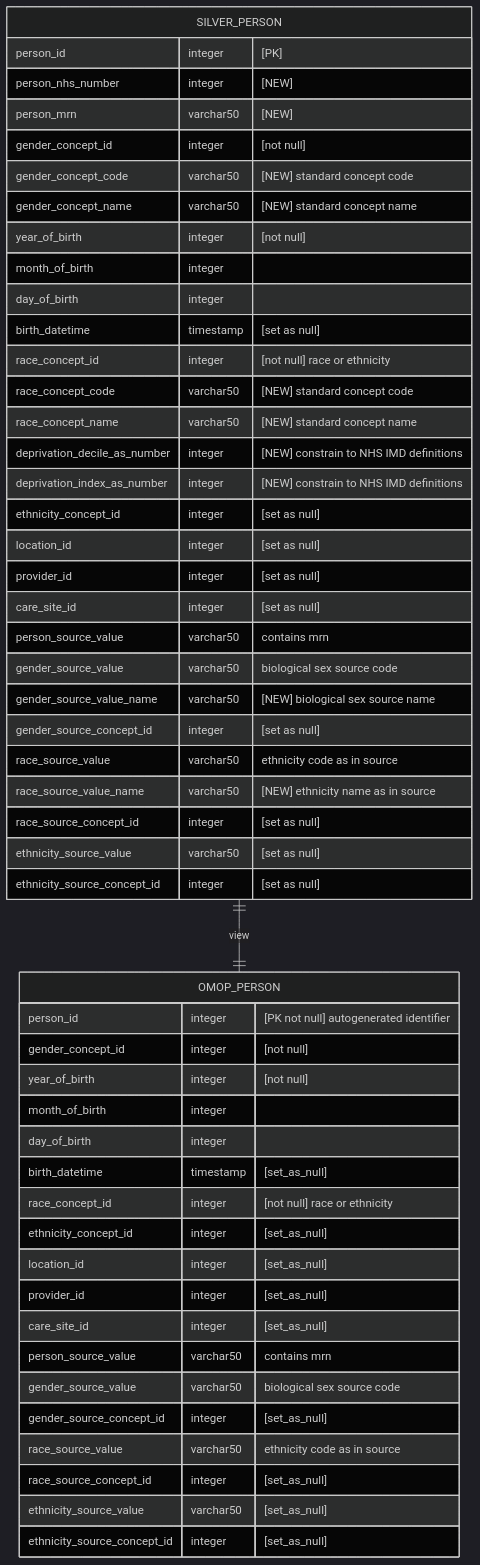
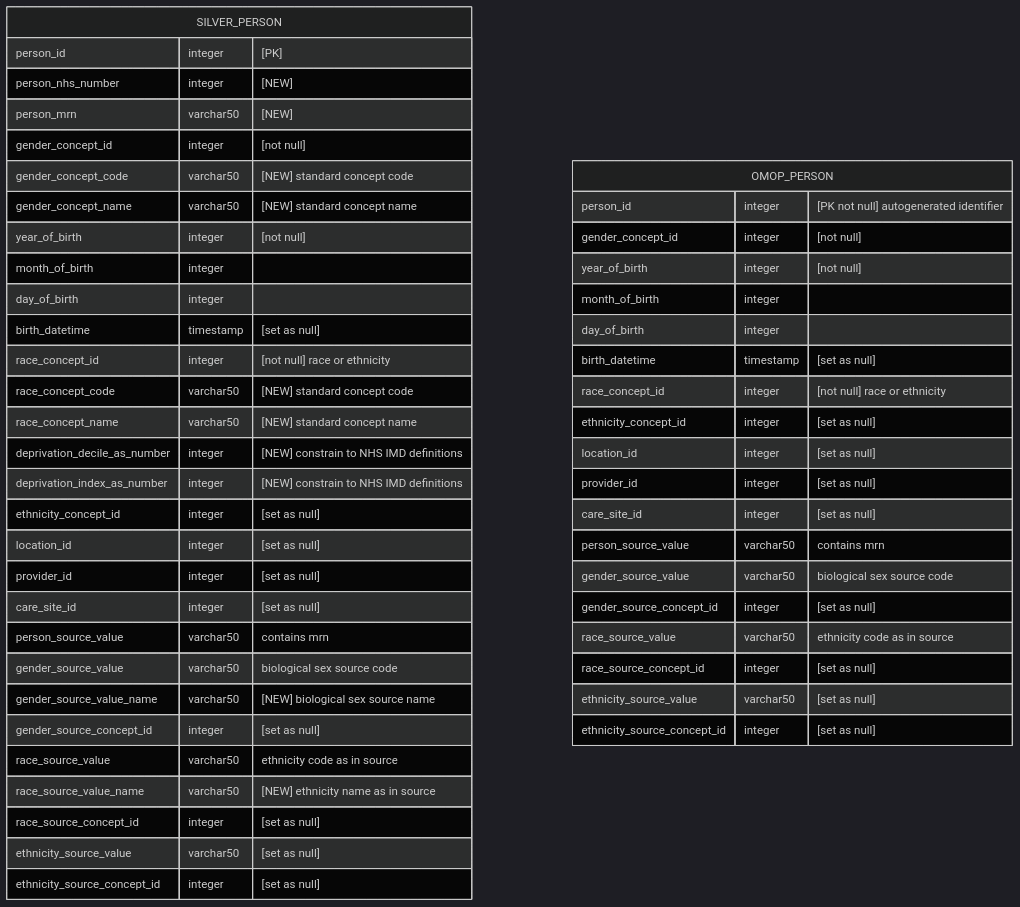
One commit to d3london/sde_aic_external_docs changed the second of 2 diagrams in pages/data_model/cdm_person.qmd. Above: the diagram before and after it, drawn with Mermaid (dark theme). The commit also changed 2 other files, not shown here.

Commit message:
typo correction

````diff
--- a/pages/data_model/cdm_person.qmd
+++ b/pages/data_model/cdm_person.qmd
@@ -40,56 +40,54 @@
 ```{mermaid}
 erDiagram
     SILVER_PERSON {
         person_id integer "[PK]"
         person_nhs_number integer "[NEW]"
         person_mrn varchar50 "[NEW]"
         gender_concept_id integer "[not null]"
         gender_concept_code varchar50 "[NEW] standard concept code"
         gender_concept_name varchar50 "[NEW] standard concept name"
         year_of_birth integer "[not null]"
         month_of_birth integer
         day_of_birth integer
         birth_datetime timestamp "[set as null]"
         race_concept_id integer "[not null] race or ethnicity"
         race_concept_code varchar50 "[NEW] standard concept code"
         race_concept_name varchar50 "[NEW] standard concept name"
         deprivation_decile_as_number integer "[NEW] constrain to NHS IMD definitions"       
         deprivation_index_as_number integer "[NEW] constrain to NHS IMD definitions"
         ethnicity_concept_id integer "[set as null]"
         location_id integer "[set as null]"
         provider_id integer "[set as null]"
         care_site_id integer "[set as null]"
         person_source_value varchar50 "contains mrn"
         gender_source_value varchar50 "biological sex source code"
         gender_source_value_name varchar50 "[NEW] biological sex source name"
         gender_source_concept_id integer "[set as null]"
         race_source_value varchar50 "ethnicity code as in source"
         race_source_value_name varchar50 "[NEW] ethnicity name as in source"
         race_source_concept_id integer "[set as null]"
         ethnicity_source_value varchar50 "[set as null]"
         ethnicity_source_concept_id integer "[set as null]"    
     }
 
-SILVER_PERSON ||--|| OMOP_PERSON: view
-
     OMOP_PERSON {
         person_id integer "[PK not null] autogenerated identifier"
         gender_concept_id integer "[not null]"
         year_of_birth integer "[not null]"
         month_of_birth integer
         day_of_birth integer
-        birth_datetime timestamp "[set_as_null]"
+        birth_datetime timestamp "[set as null]"
         race_concept_id integer "[not null] race or ethnicity"
-        ethnicity_concept_id integer "[set_as_null]"
-        location_id integer "[set_as_null]"
-        provider_id integer "[set_as_null]"
-        care_site_id integer "[set_as_null]"
+        ethnicity_concept_id integer "[set as null]"
+        location_id integer "[set as null]"
+        provider_id integer "[set as null]"
+        care_site_id integer "[set as null]"
         person_source_value varchar50 "contains mrn"
         gender_source_value varchar50 "biological sex source code"
-        gender_source_concept_id integer "[set_as_null]"
+        gender_source_concept_id integer "[set as null]"
         race_source_value varchar50 "ethnicity code as in source"
-        race_source_concept_id integer "[set_as_null]"
-        ethnicity_source_value varchar50 "[set_as_null]"
-        ethnicity_source_concept_id integer "[set_as_null]"
+        race_source_concept_id integer "[set as null]"
+        ethnicity_source_value varchar50 "[set as null]"
+        ethnicity_source_concept_id integer "[set as null]"
     }
 ```
````
